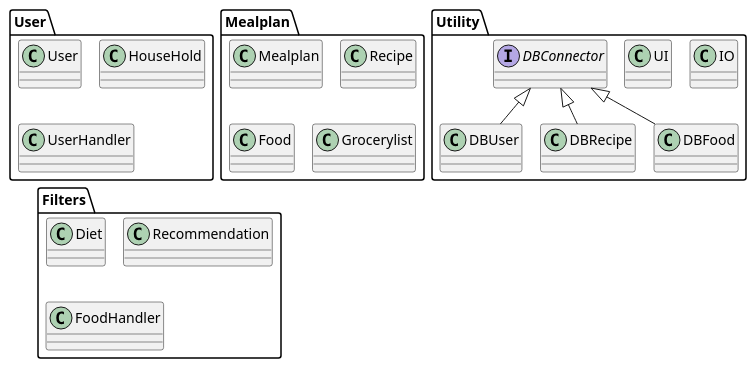
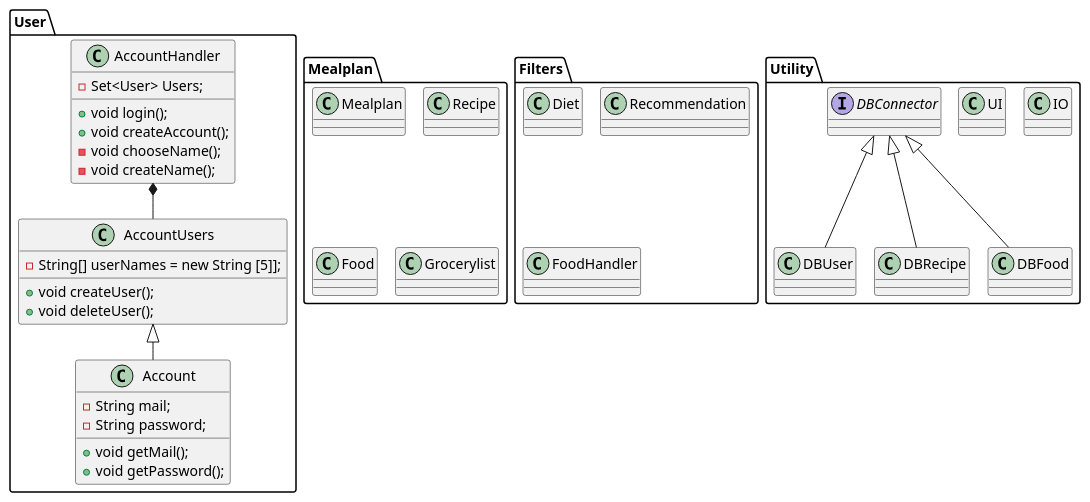
Before and after one commit to lassekh/ICE: the diagram in Documents/Class Diagram.puml, drawn with PlantUML. The commit also changed 1 other file, not shown here.

```diff
--- a/Documents/Class Diagram.puml
+++ b/Documents/Class Diagram.puml
@@ -1,39 +1,60 @@
 @startuml
 'https://plantuml.com/class-diagram
 !pragma layout smetana
 
 Package User{
-class User
-class HouseHold
-class UserHandler
+class Account
+class AccountUsers
+class AccountHandler
+
+'Label on relations
+AccountUsers <|-- Account
+AccountHandler *-- AccountUsers
+
+'Methods and attributes
+Account : - String mail;
+Account : - String password;
+Account : + void getMail();
+Account : + void getPassword();
+
+AccountUsers : - String[] userNames = new String [5]];
+AccountUsers : + void createUser();
+AccountUsers : + void deleteUser();
+
+AccountHandler : + void login();
+AccountHandler : + void createAccount();
+AccountHandler : - Set<User> Users;
+AccountHandler : - void chooseName();
+AccountHandler : - void createName();
+
 }
 
 Package Mealplan{
 class Mealplan
 class Recipe
 class Food
 class Grocerylist
 }
 
 Package Filters{
 class Diet
 class Recommendation
 class FoodHandler
 }
 
 
 
 Package Utility{
 class IO
 class UI
 interface DBConnector
 class DBUser
 class DBRecipe
 class DBFood
 }
 
 'Label on relations
 DBConnector <|-- DBUser
 DBConnector <|-- DBRecipe
 DBConnector <|-- DBFood
 @enduml
```
